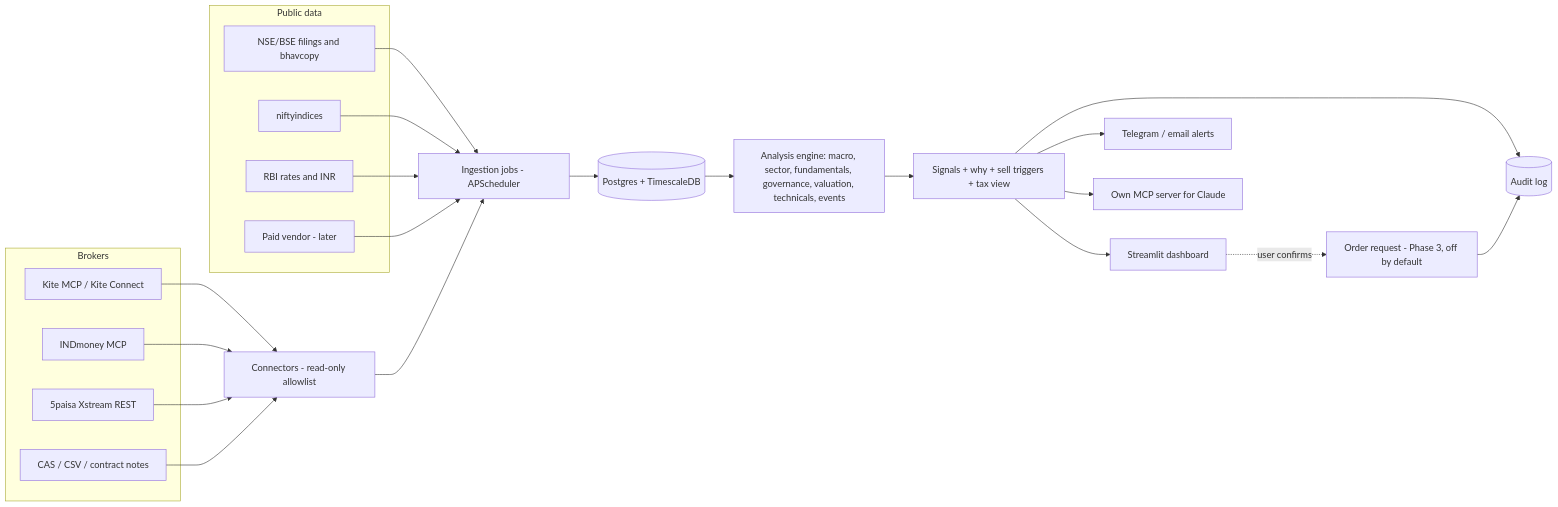
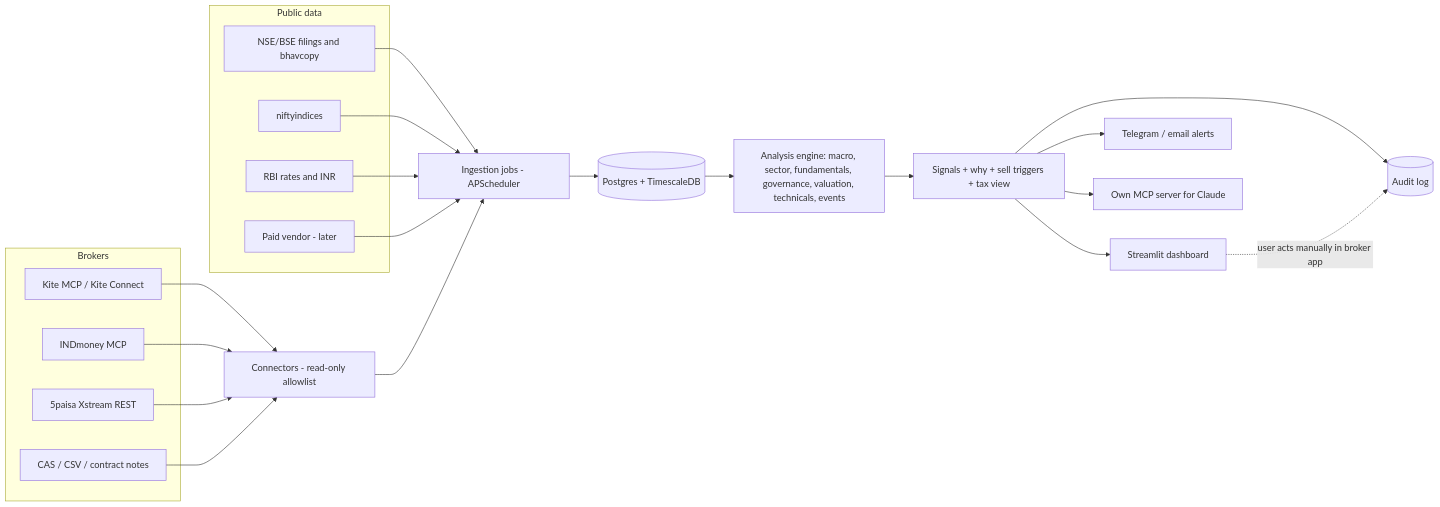
The diagram in docs/FEASIBILITY_AND_DESIGN.md (logsv/long-ledger), drawn with Mermaid before and after one commit. The commit also changed other lines of this file and 3 other files, not shown here.

````diff
--- a/docs/FEASIBILITY_AND_DESIGN.md
+++ b/docs/FEASIBILITY_AND_DESIGN.md
@@ -294,27 +334,26 @@
 ```mermaid
 flowchart LR
   subgraph Brokers
     K[Kite MCP / Kite Connect]
     I[INDmoney MCP]
     F[5paisa Xstream REST]
     C[CAS / CSV / contract notes]
   end
   subgraph Public[Public data]
     N[NSE/BSE filings and bhavcopy]
     X[niftyindices]
     R[RBI rates and INR]
     V[Paid vendor - later]
   end
   K & I & F & C --> CON[Connectors - read-only allowlist]
   N & X & R & V --> ING[Ingestion jobs - APScheduler]
   CON --> ING
   ING --> DB[(Postgres + TimescaleDB)]
   DB --> ENG[Analysis engine: macro, sector, fundamentals, governance, valuation, technicals, events]
   ENG --> SIG[Signals + why + sell triggers + tax view]
   SIG --> AUD[(Audit log)]
   SIG --> UI[Streamlit dashboard]
   SIG --> ALR[Telegram / email alerts]
   SIG --> OWN[Own MCP server for Claude]
-  UI -. user confirms .-> ORD[Order request - Phase 3, off by default]
-  ORD --> AUD
+  UI -. user acts manually in broker app .-> AUD
 ```
````
